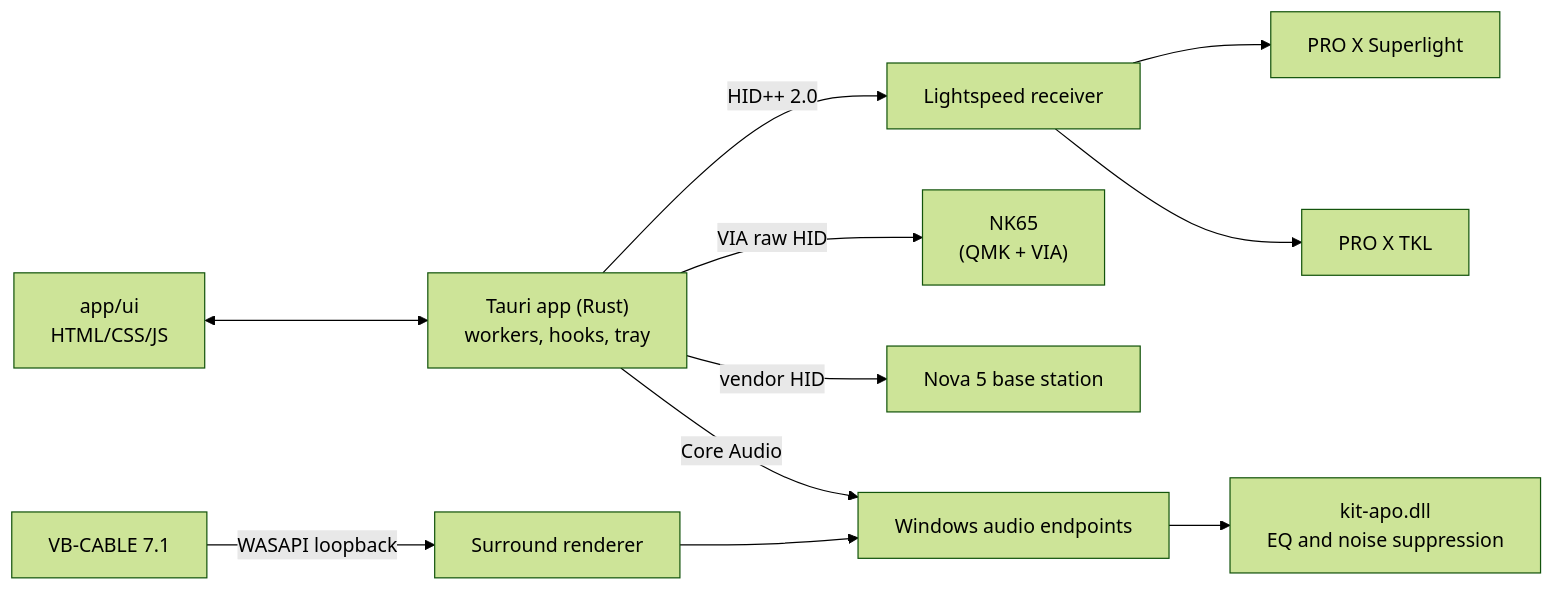
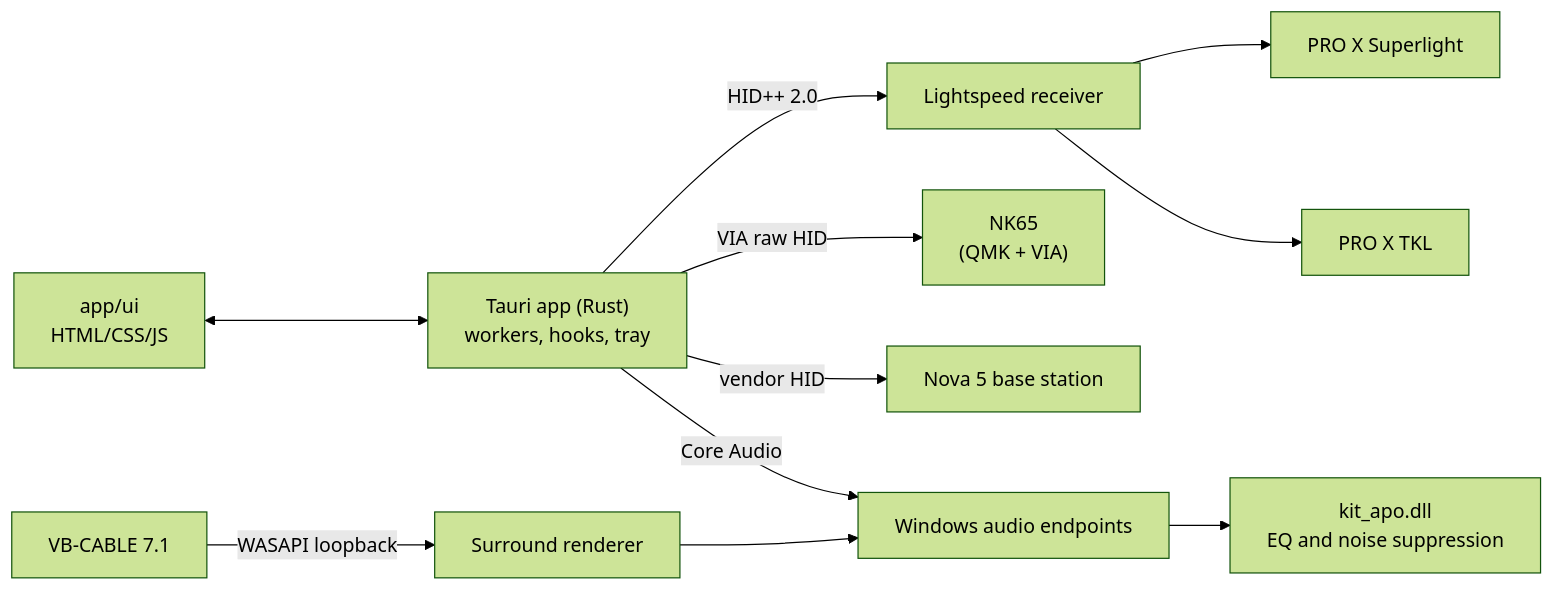
The diagram in README.md (anthonyradke/kit), drawn with Mermaid (forest theme) before and after one commit. The commit also changed other lines of this file and 7 other files, not shown here.

````diff
--- a/README.md
+++ b/README.md
@@ -88,10 +91,10 @@
 ```mermaid
 flowchart LR
   ui["app/ui<br/>HTML/CSS/JS"] <--> core["Tauri app (Rust)<br/>workers, hooks, tray"]
   core -- "HID++ 2.0" --> rx["Lightspeed receiver"] --> mouse["PRO X Superlight"] & tkl["PRO X TKL"]
   core -- "VIA raw HID" --> nk65["NK65<br/>(QMK + VIA)"]
   core -- "vendor HID" --> base["Nova 5 base station"]
   core -- "Core Audio" --> audio["Windows audio endpoints"]
-  audio --> apo["kit-apo.dll<br/>EQ and noise suppression"]
+  audio --> apo["kit_apo.dll<br/>EQ and noise suppression"]
   cable["VB-CABLE 7.1"] -- "WASAPI loopback" --> spatial["Surround renderer"] --> audio
 ```
````
